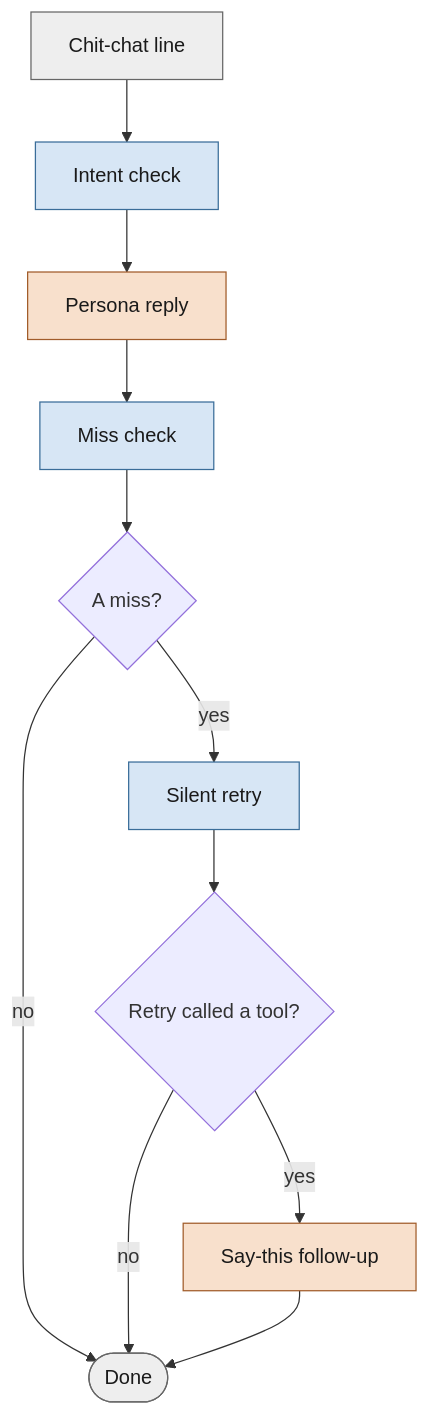
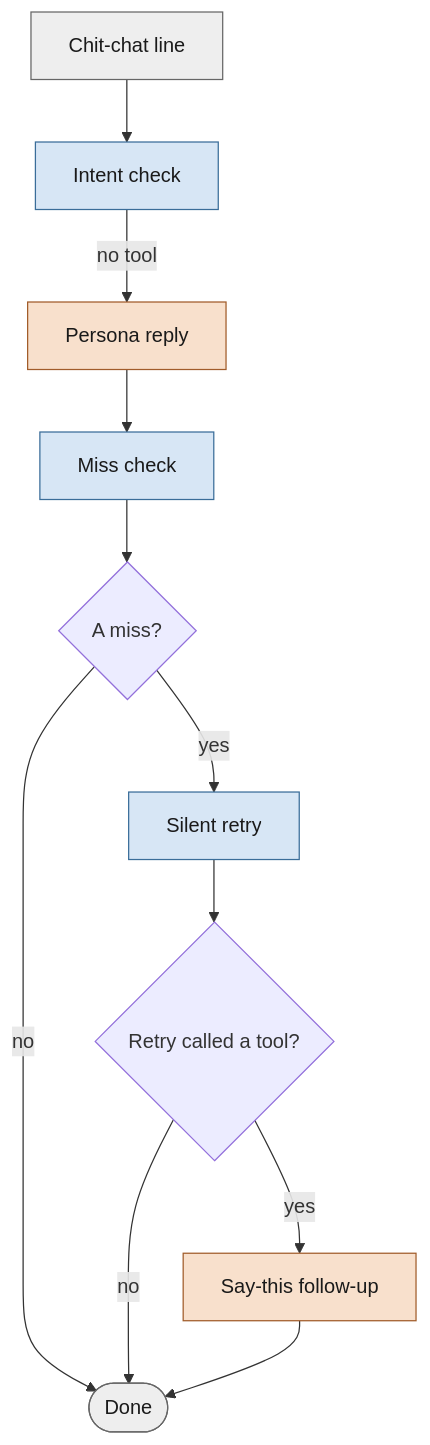
The second of 2 diagrams in prompt-order-vs-full-2026-11-26/README.md (miramocha/MiraCeti-Benchmarks), drawn with Mermaid before and after one commit. The commit also changed other lines of this file and 1 other file, not shown here.

````diff
--- a/prompt-order-vs-full-2026-11-26/README.md
+++ b/prompt-order-vs-full-2026-11-26/README.md
@@ -228,17 +206,17 @@
 ```mermaid
 flowchart TD
     classDef task fill:#d7e6f5,stroke:#3a6d99,color:#1a1a1a
     classDef persona fill:#f8e0cc,stroke:#a15c2a,color:#1a1a1a
     classDef sys fill:#eeeeee,stroke:#666666,color:#1a1a1a
 
     L[Chit-chat line]:::sys --> I[Intent check]:::task
-    I --> P[Persona reply]:::persona
+    I -- no tool --> P[Persona reply]:::persona
     P --> M[Miss check]:::task
     M --> Q{A miss?}
     Q -- no --> D([Done]):::sys
     Q -- yes --> R[Silent retry]:::task
     R --> T{Retry called a tool?}
     T -- no --> D
     T -- yes --> F[Say-this follow-up]:::persona
     F --> D
 ```
````
